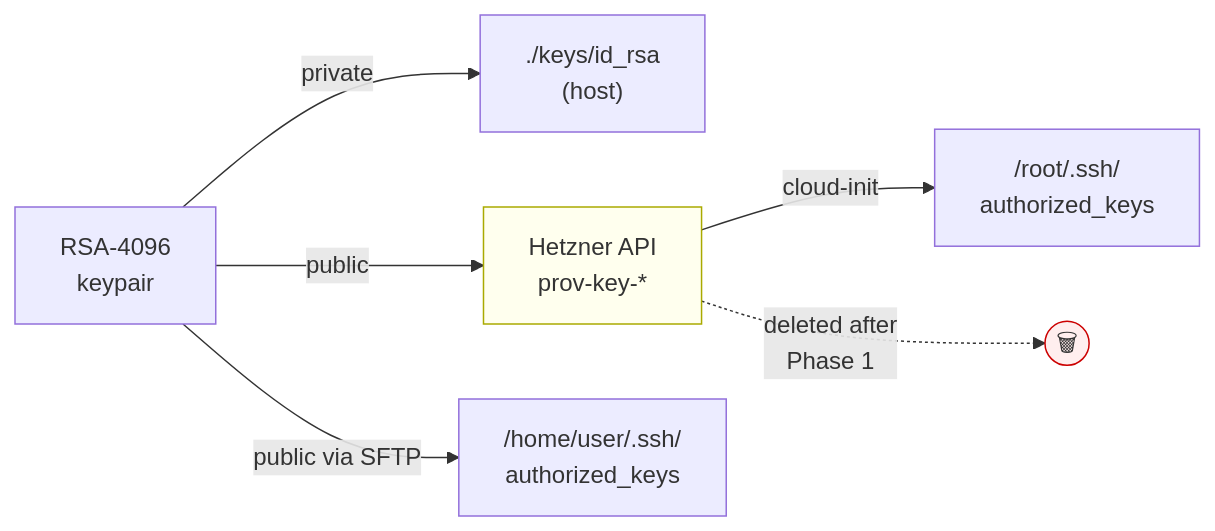
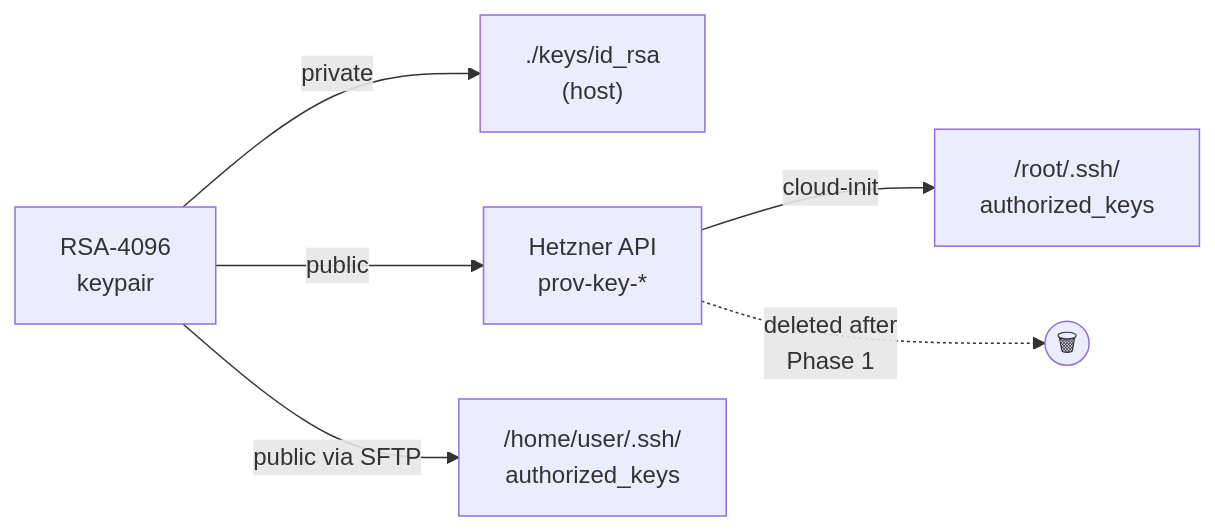
The second of 2 diagrams in README.md (carlok/Ubuntu-Hardening), drawn with Mermaid before and after one commit. The commit also changed other lines of this file, not shown here.

Commit message:
Remove hardcoded colors from Mermaid diagrams for dark mode compat

````diff
--- a/README.md
+++ b/README.md
@@ -93,11 +89,8 @@
 ```mermaid
 flowchart LR
     K["RSA-4096<br/>keypair"] -->|private| F["./keys/id_rsa<br/>(host)"]
     K -->|public| HZ["Hetzner API<br/>prov-key-*"]
     HZ -->|cloud-init| R["/root/.ssh/<br/>authorized_keys"]
     K -->|public via SFTP| U["/home/user/.ssh/<br/>authorized_keys"]
     HZ -.->|deleted after<br/>Phase 1| X((🗑))
-
-    style X fill:#fee,stroke:#c00
-    style HZ fill:#ffe,stroke:#aa0
 ```
````
